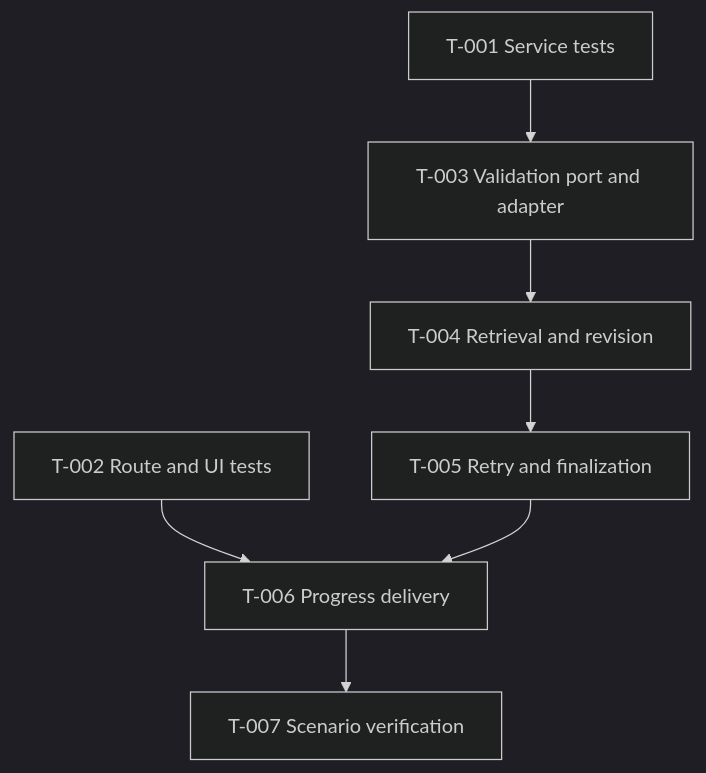
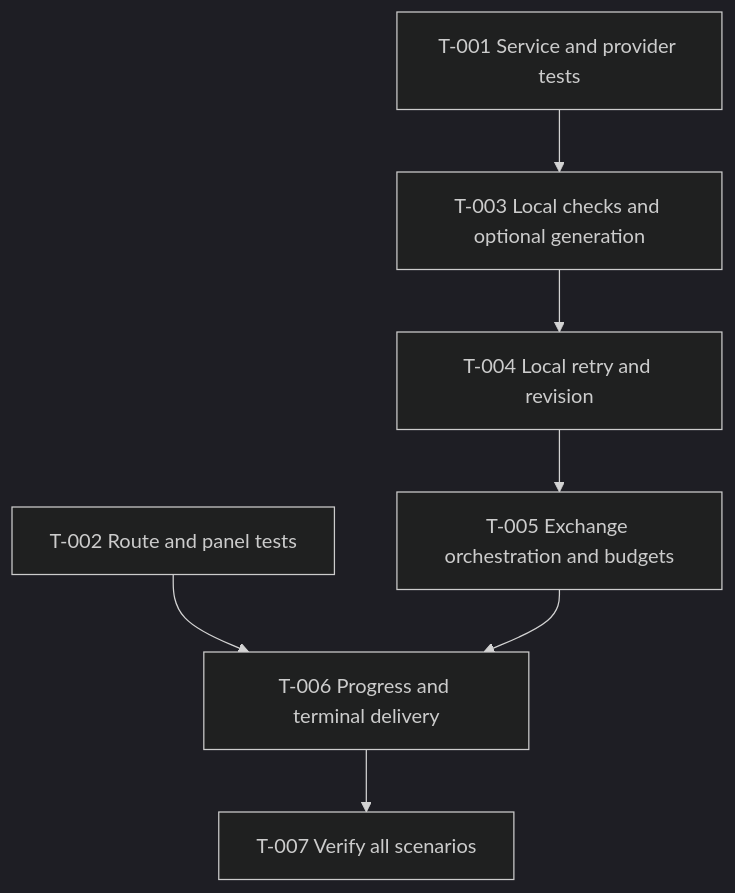
The diagram in specs/assistant/answer_validation/tasks.md (b-chua-student/theseus), drawn with Mermaid (dark theme) before and after one commit. The commit also changed other lines of this file and 2 other files, not shown here.

Commit message:
docs(assistant): specify local answer validation and a one-call gemini budget

````diff
--- a/specs/assistant/answer_validation/tasks.md
+++ b/specs/assistant/answer_validation/tasks.md
@@ -5,16 +5,16 @@
 ```mermaid
 flowchart TD
-    T001["T-001 Service tests"]
-    T002["T-002 Route and UI tests"]
-    T003["T-003 Validation port and adapter"]
-    T004["T-004 Retrieval and revision"]
-    T005["T-005 Retry and finalization"]
-    T006["T-006 Progress delivery"]
-    T007["T-007 Scenario verification"]
+    T001["T-001 Service and provider tests"]
+    T002["T-002 Route and panel tests"]
+    T003["T-003 Local checks and optional generation"]
+    T004["T-004 Local retry and revision"]
+    T005["T-005 Exchange orchestration and budgets"]
+    T006["T-006 Progress and terminal delivery"]
+    T007["T-007 Verify all scenarios"]
     T001 --> T003
     T003 --> T004
     T004 --> T005
     T002 --> T006
     T005 --> T006
     T006 --> T007
 ```
````
